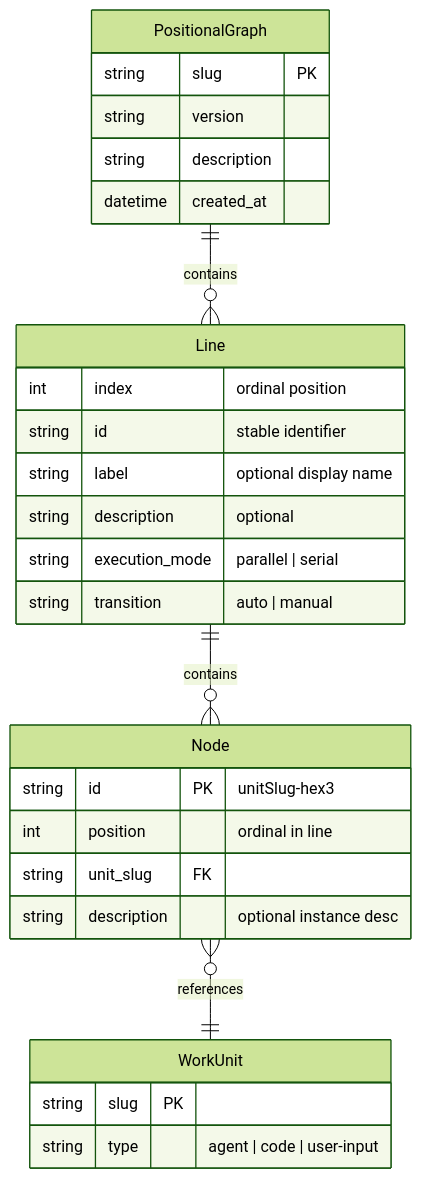
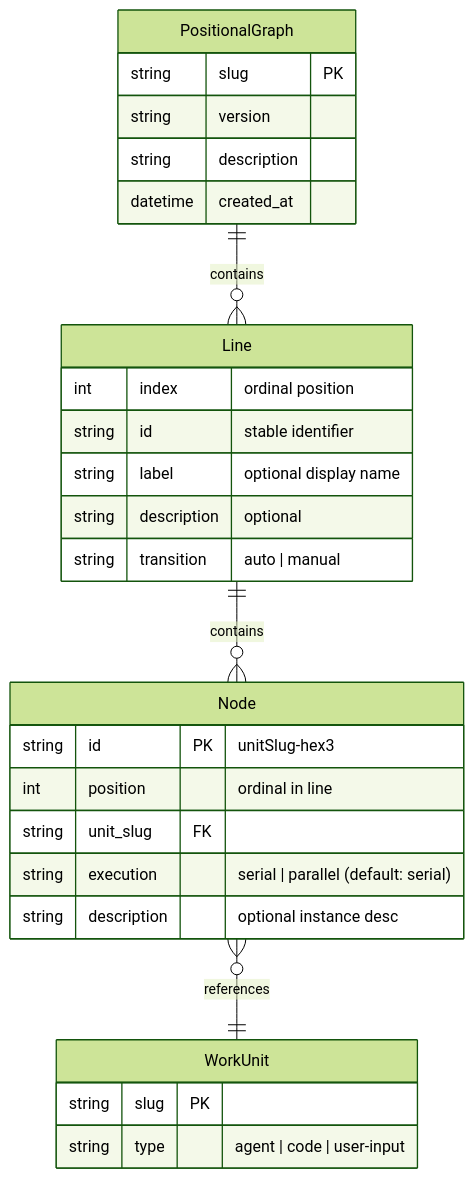
The diagram in docs/plans/026-positional-graph/workshops/positional-graph-prototype.md (AI-Substrate/chainglass), drawn with Mermaid (forest theme) before and after one commit. The commit also changed other lines of this file and 5 other files, not shown here.

````diff
--- a/docs/plans/026-positional-graph/workshops/positional-graph-prototype.md
+++ b/docs/plans/026-positional-graph/workshops/positional-graph-prototype.md
@@ -64,31 +65,31 @@
 ```mermaid
 erDiagram
     PositionalGraph ||--o{ Line : contains
     Line ||--o{ Node : contains
     Node }o--|| WorkUnit : "references"
 
     PositionalGraph {
         string slug PK
         string version
         string description
         datetime created_at
     }
     Line {
         int index "ordinal position"
         string id "stable identifier"
         string label "optional display name"
         string description "optional"
-        string execution_mode "parallel | serial"
         string transition "auto | manual"
     }
     Node {
         string id PK "unitSlug-hex3"
         int position "ordinal in line"
         string unit_slug FK
+        string execution "serial | parallel (default: serial)"
         string description "optional instance desc"
     }
     WorkUnit {
         string slug PK
         string type "agent | code | user-input"
     }
 ```
````
